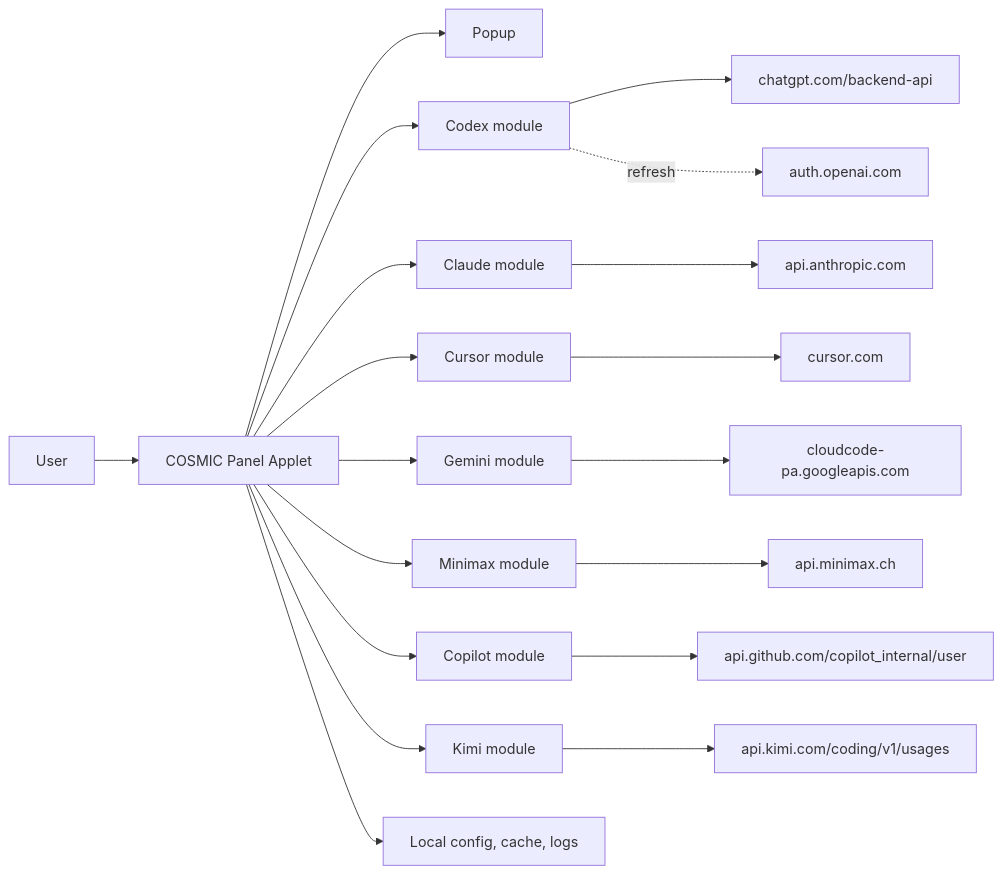
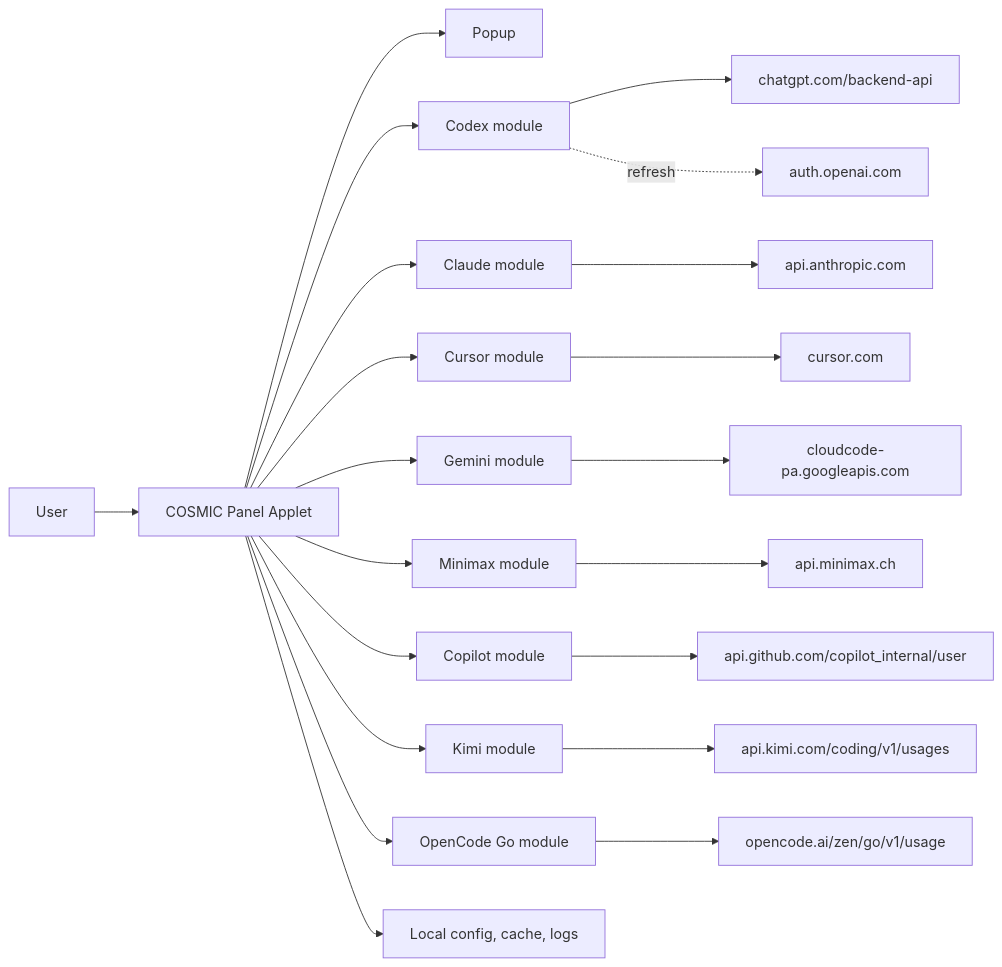
Before and after one commit to Phototonic/yapcap: the first of 2 diagrams in docs/spec.md, drawn with Mermaid. The commit also changed other lines of this file and 4 other files, not shown here.

Commit message:
docs: document OpenCode accounts and storage security

````diff
--- a/docs/spec.md
+++ b/docs/spec.md
@@ -70,21 +74,23 @@
 ```mermaid
 flowchart LR
     User[User] --> Panel[COSMIC Panel Applet]
     Panel --> Popup[Popup]
     Panel --> Codex[Codex module]
     Panel --> Claude[Claude module]
     Panel --> Cursor[Cursor module]
     Panel --> Gemini[Gemini module]
     Panel --> Minimax[Minimax module]
     Panel --> Copilot[Copilot module]
     Panel --> Kimi[Kimi module]
+    Panel --> OpenCodeGo[OpenCode Go module]
     Codex --> OpenAI[chatgpt.com/backend-api]
     Codex -.refresh.-> OpenAIAuth[auth.openai.com]
     Claude --> Anthropic[api.anthropic.com]
     Cursor --> CursorAPI[cursor.com]
     Gemini --> GeminiAPI[cloudcode-pa.googleapis.com]
     Minimax --> MinimaxAPI[api.minimax.ch]
     Copilot --> GitHubCopilot[api.github.com/copilot_internal/user]
     Kimi --> KimiAPI[api.kimi.com/coding/v1/usages]
+    OpenCodeGo --> OpenCodeGoAPI[opencode.ai/zen/go/v1/usage]
     Panel --> Local[Local config, cache, logs]
 ```
````
